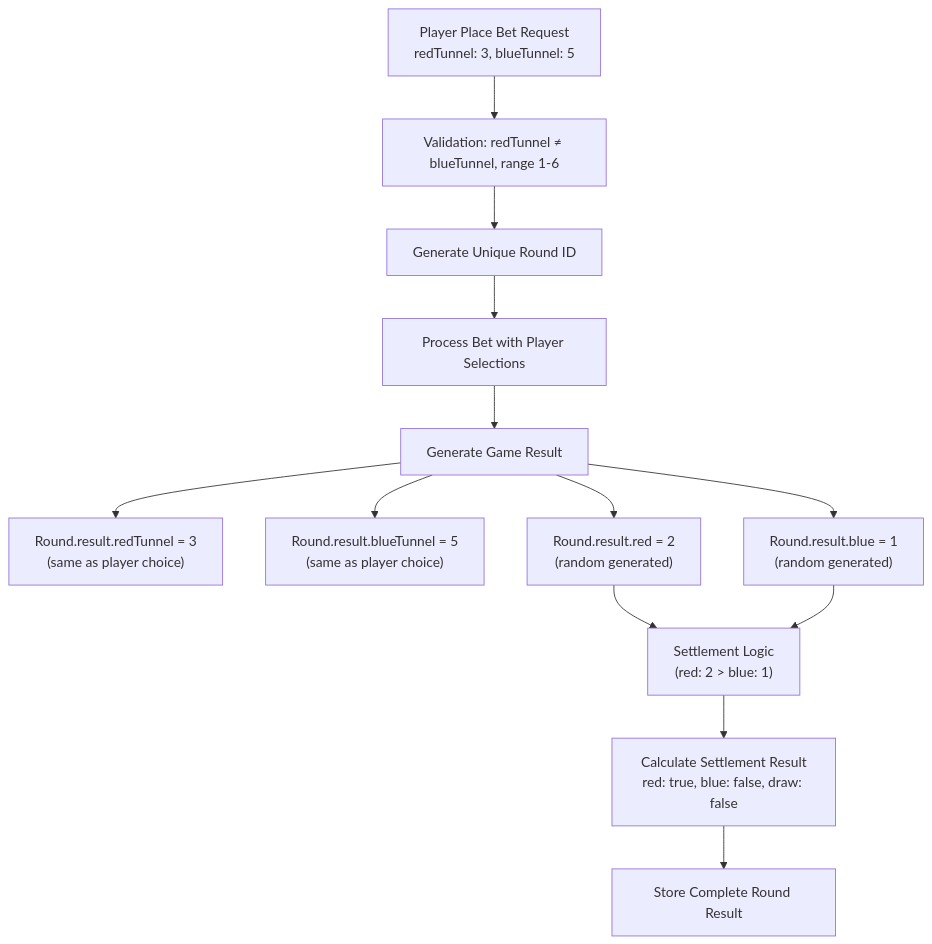
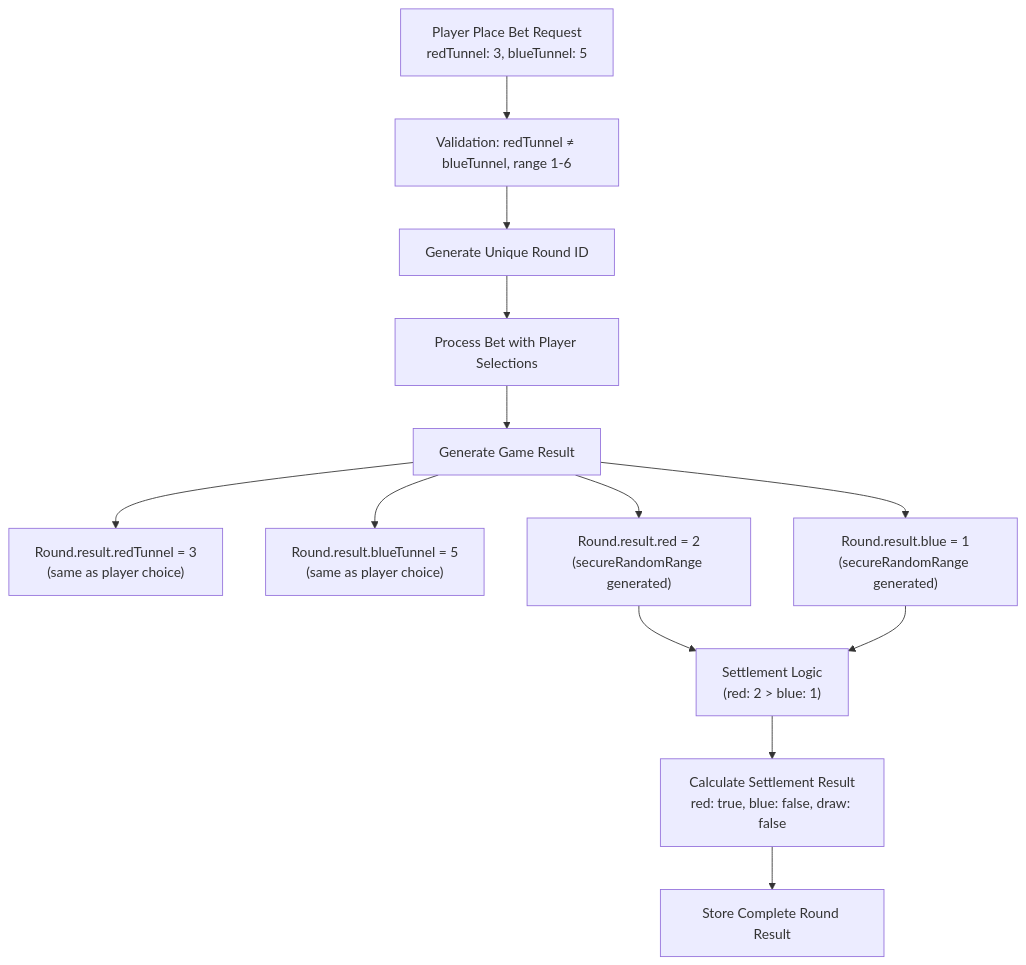
The diagram in docs/tunnel-data-flow.md (starixvn/l1_game-services_soccer-pingoal-service), drawn with Mermaid before and after one commit. The commit also changed other lines of this file and 2 other files, not shown here.

Commit message:
feat: update game score generation to use secureRandomRange from sc-core-rng and enhance documentation for clarity

````diff
--- a/docs/tunnel-data-flow.md
+++ b/docs/tunnel-data-flow.md
@@ -22,18 +22,18 @@
 ```mermaid
 graph TD
     A[Player Place Bet Request<br/>redTunnel: 3, blueTunnel: 5] --> B[Validation: redTunnel ≠ blueTunnel, range 1-6]
     B --> C[Generate Unique Round ID]
     C --> D[Process Bet with Player Selections]
     D --> E[Generate Game Result]
     
     E --> F[Round.result.redTunnel = 3<br/>&lpar;same as player choice&rpar;]
     E --> G[Round.result.blueTunnel = 5<br/>&lpar;same as player choice&rpar;]
-    E --> H[Round.result.red = 2<br/>&lpar;random generated&rpar;]
-    E --> I[Round.result.blue = 1<br/>&lpar;random generated&rpar;]
+    E --> H[Round.result.red = 2<br/>&lpar;secureRandomRange generated&rpar;]
+    E --> I[Round.result.blue = 1<br/>&lpar;secureRandomRange generated&rpar;]
     
     H --> J[Settlement Logic<br/>&lpar;red: 2 > blue: 1&rpar;]
     I --> J
     
     J --> K[Calculate Settlement Result<br/>red: true, blue: false, draw: false]
     K --> L[Store Complete Round Result]
 ```
````
